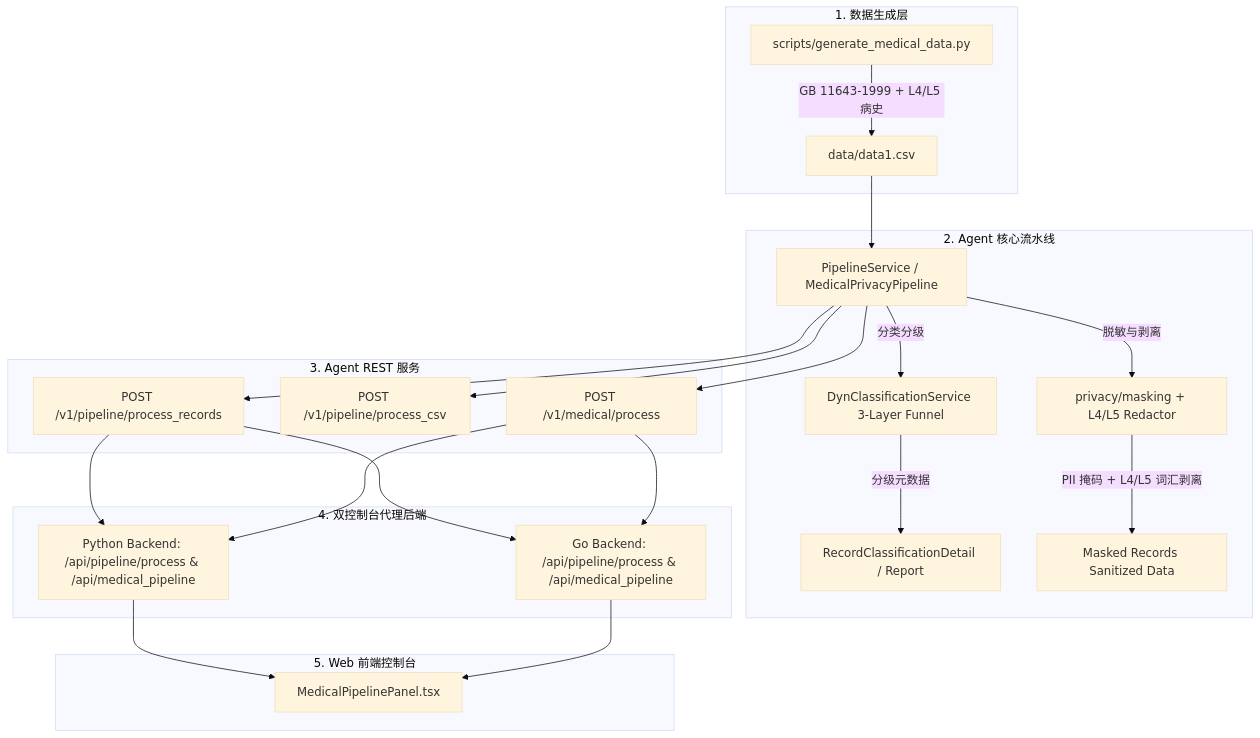
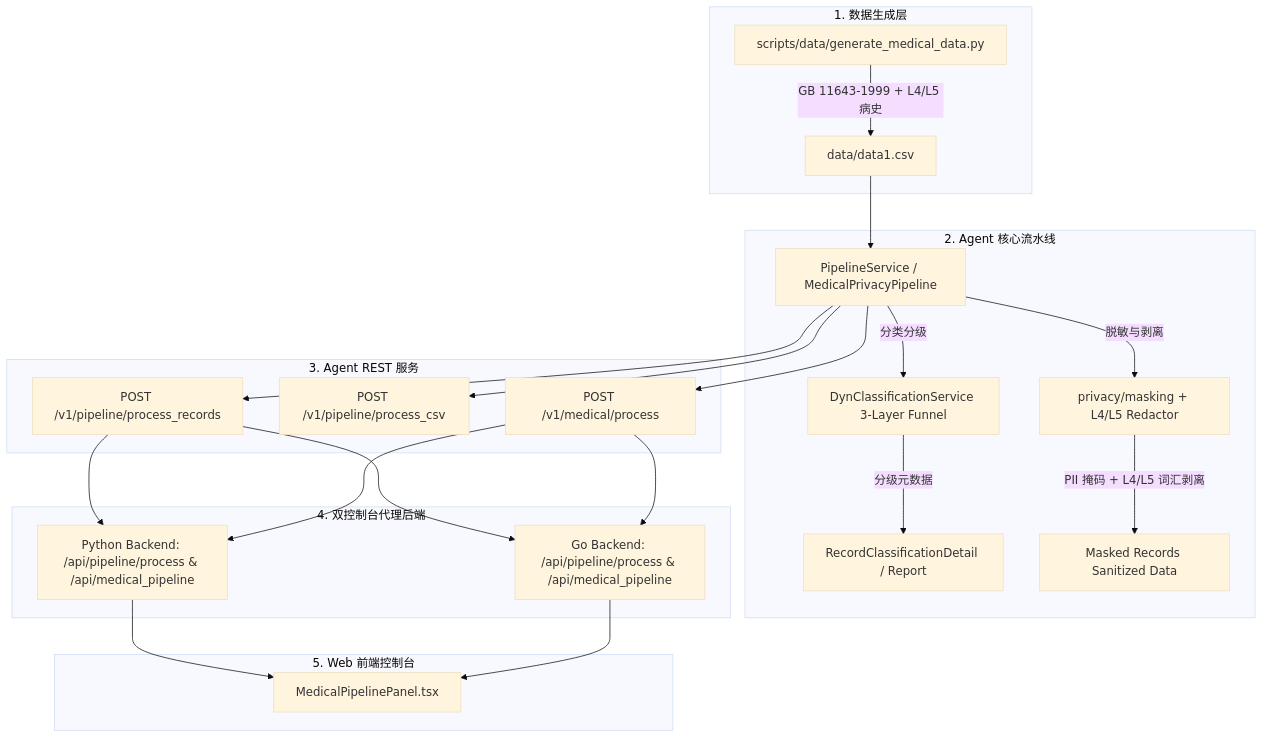
Before and after one commit to fengzhizi319/PrivShield: the diagram in docs/pipeline/design.md, drawn with Mermaid (base theme). The commit also changed other lines of this file and 44 other files, not shown here.

````diff
--- a/docs/pipeline/design.md
+++ b/docs/pipeline/design.md
@@ -13,29 +13,29 @@
 ```mermaid
 flowchart TD
     subgraph DataGen [1. 数据生成层]
-        SG[scripts/generate_medical_data.py] -->|GB 11643-1999 + L4/L5 病史| CSV[data/data1.csv]
+        SG[scripts/data/generate_medical_data.py] -->|GB 11643-1999 + L4/L5 病史| CSV[data/data1.csv]
     end
 
     subgraph CorePipeline [2. Agent 核心流水线]
         CSV --> PS[PipelineService / MedicalPrivacyPipeline]
         PS -->|分类分级| DC[DynClassificationService 3-Layer Funnel]
         DC -->|分级元数据| CR[RecordClassificationDetail / Report]
         PS -->|脱敏与剥离| MS[privacy/masking + L4/L5 Redactor]
         MS -->|PII 掩码 + L4/L5 词汇剥离| SD[Masked Records Sanitized Data]
     end
 
     subgraph AgentAPI [3. Agent REST 服务]
         PS --> R1[POST /v1/pipeline/process_records]
         PS --> R2[POST /v1/pipeline/process_csv]
         PS --> R3[POST /v1/medical/process]
     end
 
     subgraph BackendProxy [4. 双控制台代理后端]
         R1 & R3 --> PyB[Python Backend: /api/pipeline/process & /api/medical_pipeline]
         R1 & R3 --> GoB[Go Backend: /api/pipeline/process & /api/medical_pipeline]
     end
 
     subgraph WebUI [5. Web 前端控制台]
         PyB & GoB --> UI[MedicalPipelinePanel.tsx]
     end
 ```
````
